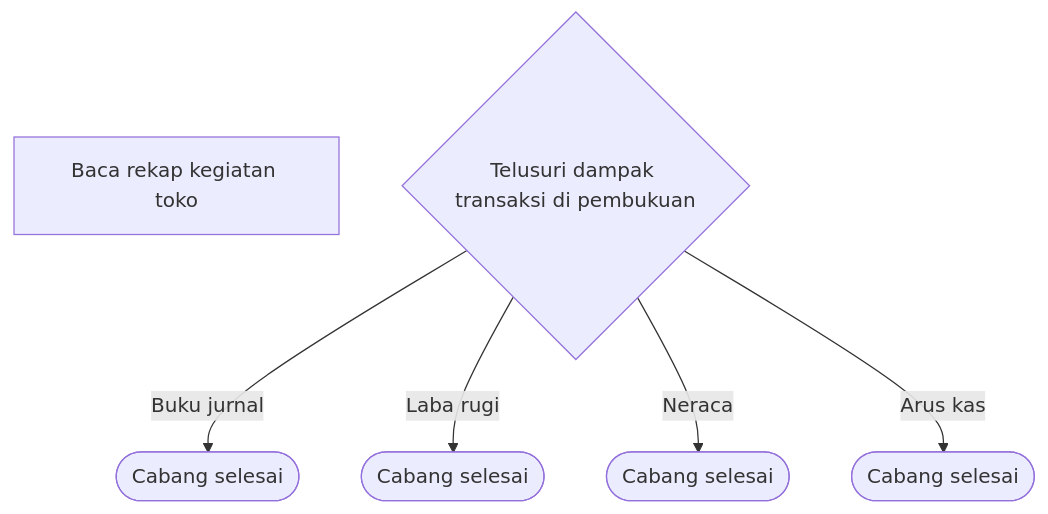
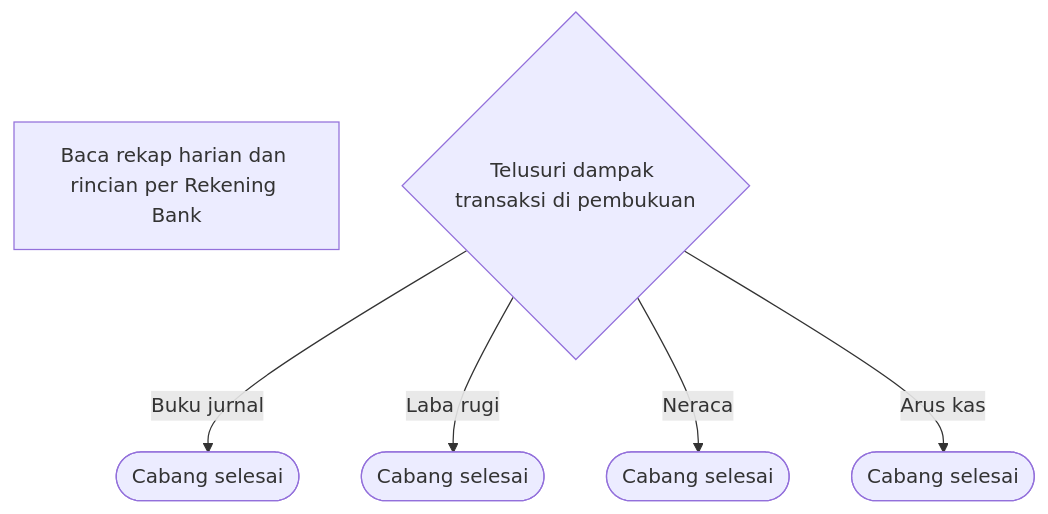
One commit to Bagas10k/kasir-bangunan changed the tenth of 10 diagrams in docx/DIAGRAM.md. Above: the diagram before and after it, drawn with Mermaid. The commit also changed other lines of this file and 52 other files, not shown here.

````diff
--- a/docx/DIAGRAM.md
+++ b/docx/DIAGRAM.md
@@ -230,13 +255,13 @@
 ```mermaid
 flowchart TD
-    n0["Baca rekap kegiatan toko"]
+    n0["Baca rekap harian dan rincian per Rekening Bank"]
     n1{"Telusuri dampak transaksi di pembukuan"}
     end0(["Cabang selesai"])
     n1 -->|"Buku jurnal"| end0
     end1(["Cabang selesai"])
     n1 -->|"Laba rugi"| end1
     end2(["Cabang selesai"])
     n1 -->|"Neraca"| end2
     end3(["Cabang selesai"])
     n1 -->|"Arus kas"| end3
 ```
````
